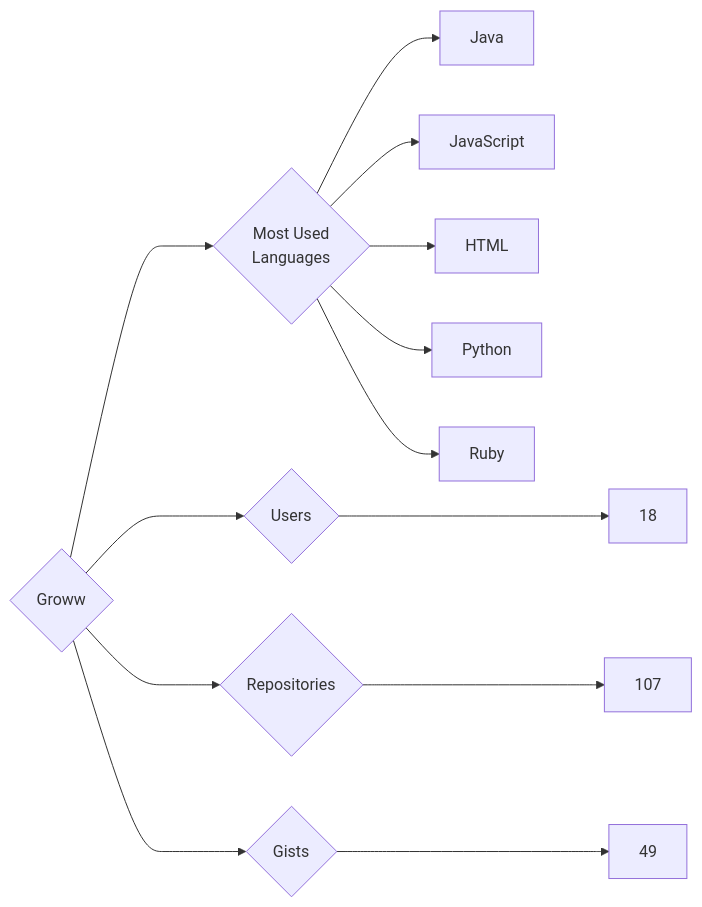
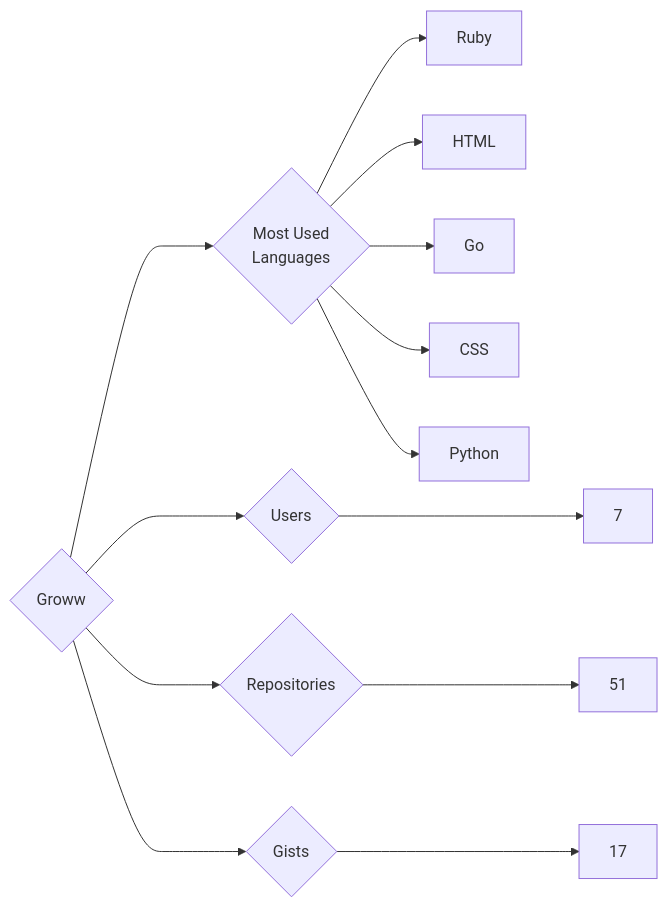
The diagram in targets/Groww/README.md (trickest/insiders), drawn with Mermaid before and after one commit. The commit also changed 1195 other files, not shown here.

````diff
--- a/targets/Groww/README.md
+++ b/targets/Groww/README.md
@@ -3,13 +3,13 @@
 ```mermaid
 graph LR
 COMPANY_NAME{Groww}
-COMPANY_NAME ---> U{Users} ---> UN[18]
-COMPANY_NAME ---> R{Repositories} ---> RN[107]
-COMPANY_NAME ---> G{Gists} ---> GN[49]
+COMPANY_NAME ---> U{Users} ---> UN[7]
+COMPANY_NAME ---> R{Repositories} ---> RN[51]
+COMPANY_NAME ---> G{Gists} ---> GN[17]
 COMPANY_NAME ---> ML{Most Used<br>Languages}
-ML --> Java[Java]
-ML --> JavaScript[JavaScript]
+ML --> Ruby[Ruby]
 ML --> HTML[HTML]
+ML --> Go[Go]
+ML --> CSS[CSS]
 ML --> Python[Python]
-ML --> Ruby[Ruby]
 ```
````
